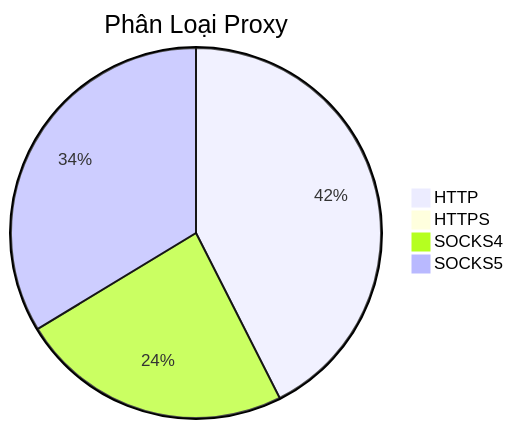
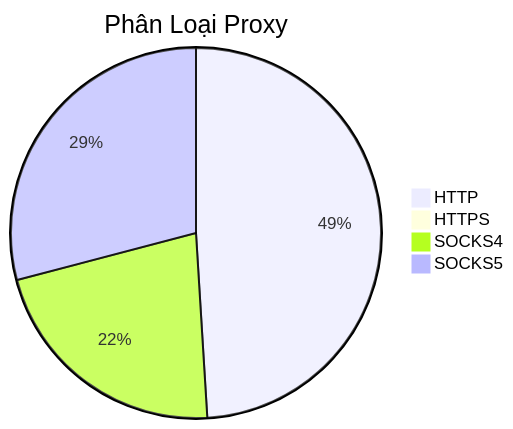
Before and after one commit to Ciara-12/PROXY-free: the diagram in README.md, drawn with Mermaid. The commit also changed other lines of this file and 4 other files, not shown here.

````diff
--- a/README.md
+++ b/README.md
@@ -26,7 +26,7 @@
 ```mermaid
 pie title Phân Loại Proxy
-    "HTTP" : 538
-    "HTTPS" : 2
-    "SOCKS4" : 301
-    "SOCKS5" : 426
+    "HTTP" : 755
+    "HTTPS" : 0
+    "SOCKS4" : 337
+    "SOCKS5" : 448
 ```
````
